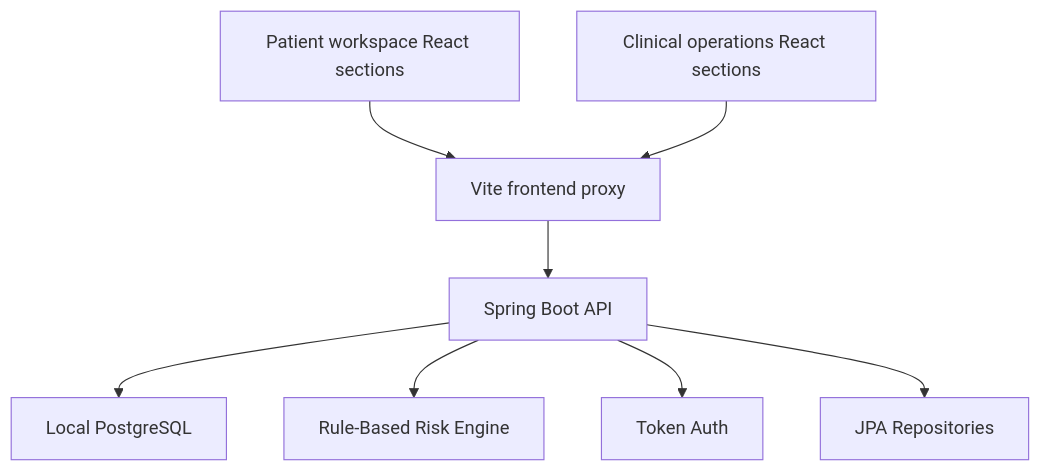
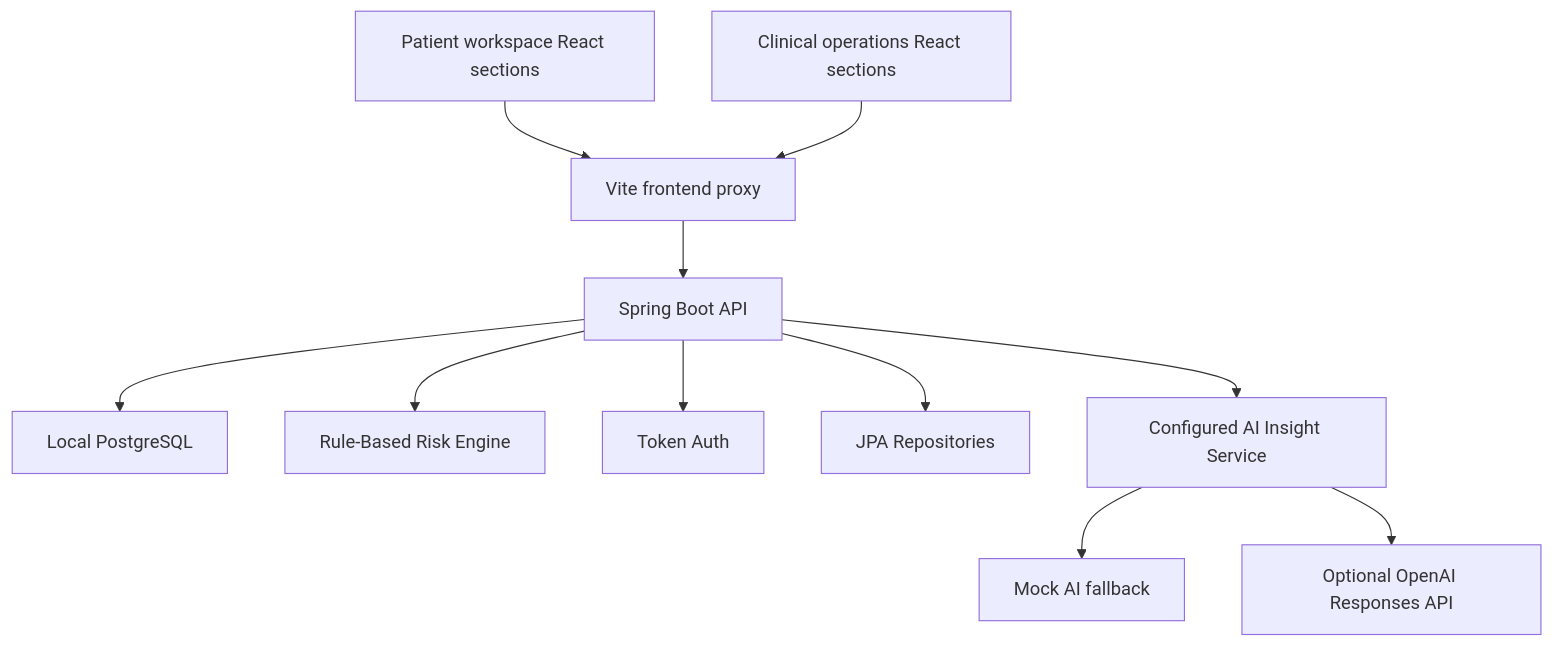
One commit to VAMSIBALAKIRANPOLISETTY/PMS_PROJECT changed the diagram in docs/architecture.md. Above: the diagram before and after it, drawn with Mermaid. The commit also changed other lines of this file and 12 other files, not shown here.

````diff
--- a/docs/architecture.md
+++ b/docs/architecture.md
@@ -3,10 +3,13 @@
 ```mermaid
 flowchart TD
   A["Patient workspace React sections"] --> B["Vite frontend proxy"]
   C["Clinical operations React sections"] --> B
   B --> D["Spring Boot API"]
   D --> E["Local PostgreSQL"]
   D --> F["Rule-Based Risk Engine"]
   D --> G["Token Auth"]
   D --> H["JPA Repositories"]
+  D --> I["Configured AI Insight Service"]
+  I --> J["Mock AI fallback"]
+  I --> K["Optional OpenAI Responses API"]
 ```
````
